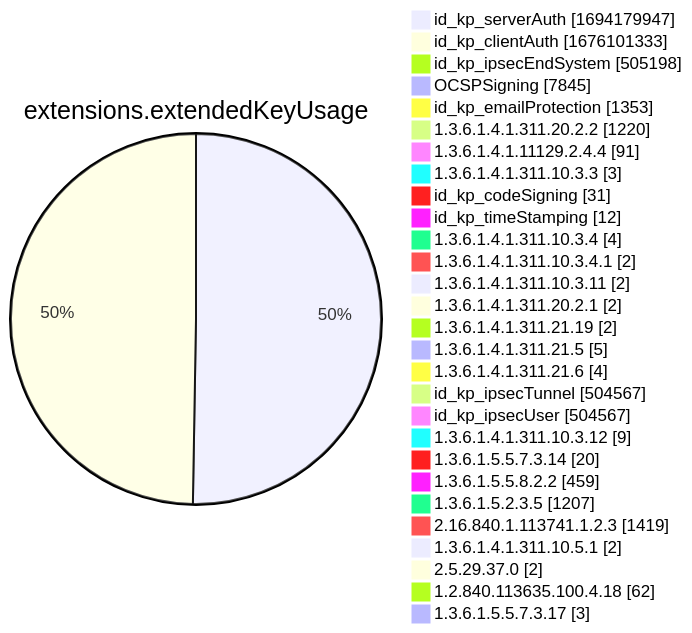
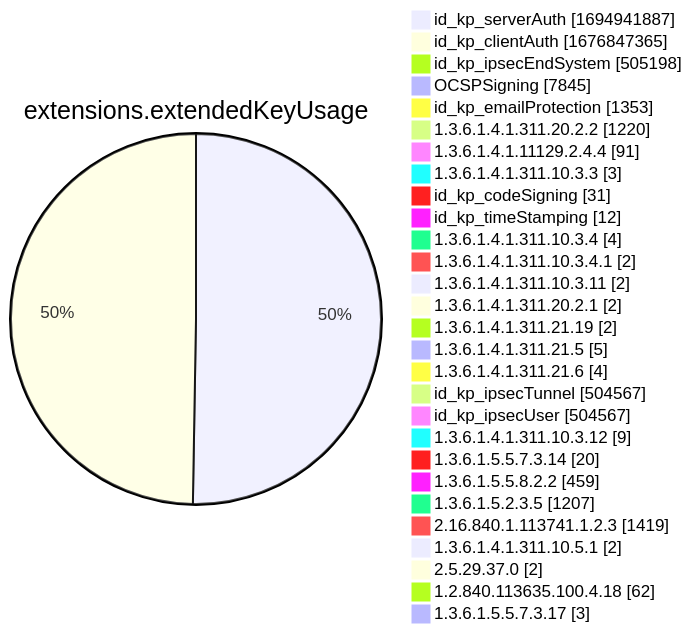
Diagram 12 of 15 in xenon2022/README.md (christiankrug/ctmonitor_visualization), drawn with Mermaid before and after one commit. The commit also changed other lines of this file, not shown here.

````diff
--- a/xenon2022/README.md
+++ b/xenon2022/README.md
@@ -3888,32 +3888,32 @@
 ```mermaid
 pie showData
 title extensions.extendedKeyUsage
-"id_kp_serverAuth" :1694179947
-"id_kp_clientAuth" :1676101333
+"id_kp_serverAuth" :1694941887
+"id_kp_clientAuth" :1676847365
 "id_kp_ipsecEndSystem" :505198
 "OCSPSigning" :7845
 "id_kp_emailProtection" :1353
 "1.3.6.1.4.1.311.20.2.2" :1220
 "1.3.6.1.4.1.11129.2.4.4" :91
 "1.3.6.1.4.1.311.10.3.3" :3
 "id_kp_codeSigning" :31
 "id_kp_timeStamping" :12
 "1.3.6.1.4.1.311.10.3.4" :4
 "1.3.6.1.4.1.311.10.3.4.1" :2
 "1.3.6.1.4.1.311.10.3.11" :2
 "1.3.6.1.4.1.311.20.2.1" :2
 "1.3.6.1.4.1.311.21.19" :2
 "1.3.6.1.4.1.311.21.5" :5
 "1.3.6.1.4.1.311.21.6" :4
 "id_kp_ipsecTunnel" :504567
 "id_kp_ipsecUser" :504567
 "1.3.6.1.4.1.311.10.3.12" :9
 "1.3.6.1.5.5.7.3.14" :20
 "1.3.6.1.5.5.8.2.2" :459
 "1.3.6.1.5.2.3.5" :1207
 "2.16.840.1.113741.1.2.3" :1419
 "1.3.6.1.4.1.311.10.5.1" :2
 "2.5.29.37.0" :2
 "1.2.840.113635.100.4.18" :62
 "1.3.6.1.5.5.7.3.17" :3
 ```
````
